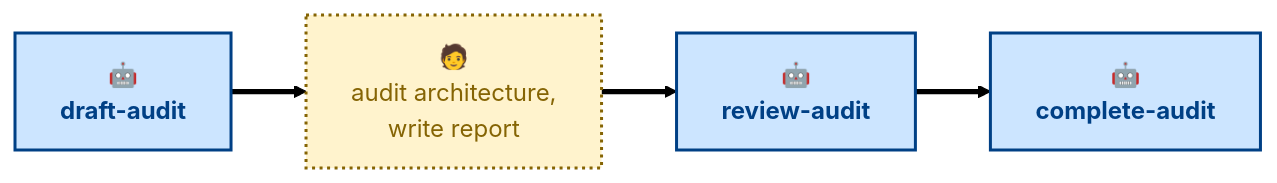
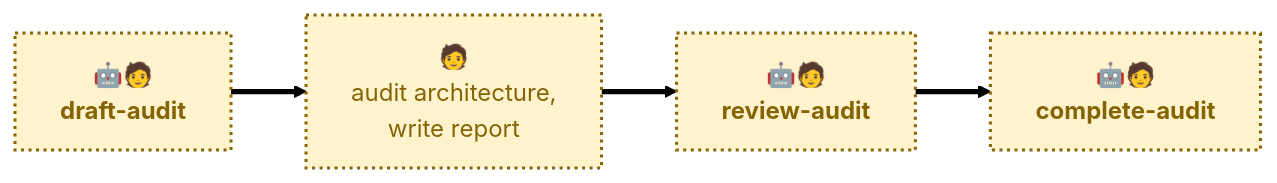
One commit to kieranpotts/audits changed the diagram in .agents/skills/README.md. Above: the diagram before and after it, drawn with Mermaid (forest theme). The commit also changed 6 other files, not shown here.

````diff
--- a/.agents/skills/README.md
+++ b/.agents/skills/README.md
@@ -20,15 +20,15 @@
 ```mermaid
 flowchart LR
-  draft["🤖<br/><b>draft-audit</b>"]:::agentic
+  draft["🤖🧑<br/><b>draft-audit</b>"]:::anthropic
   write["🧑<br/>audit architecture,<br/>write report"]:::anthropic
-  review["🤖<br/><b>review-audit</b>"]:::agentic
-  complete["🤖<br/><b>complete-audit</b>"]:::agentic
+  review["🤖🧑<br/><b>review-audit</b>"]:::anthropic
+  complete["🤖🧑<br/><b>complete-audit</b>"]:::anthropic
 
   draft ==> write
   write ==> review
   review ==> complete
 
   classDef agentic fill:#cce5ff,stroke:#004085,color:#004085,stroke-width:2px
   classDef scripted fill:#e2e3e5,stroke:#4b5157,color:#383d41,stroke-width:2px
   classDef anthropic fill:#fff3cd,stroke:#856404,color:#856404,stroke-width:2px,stroke-dasharray:2 3
 ```
````
